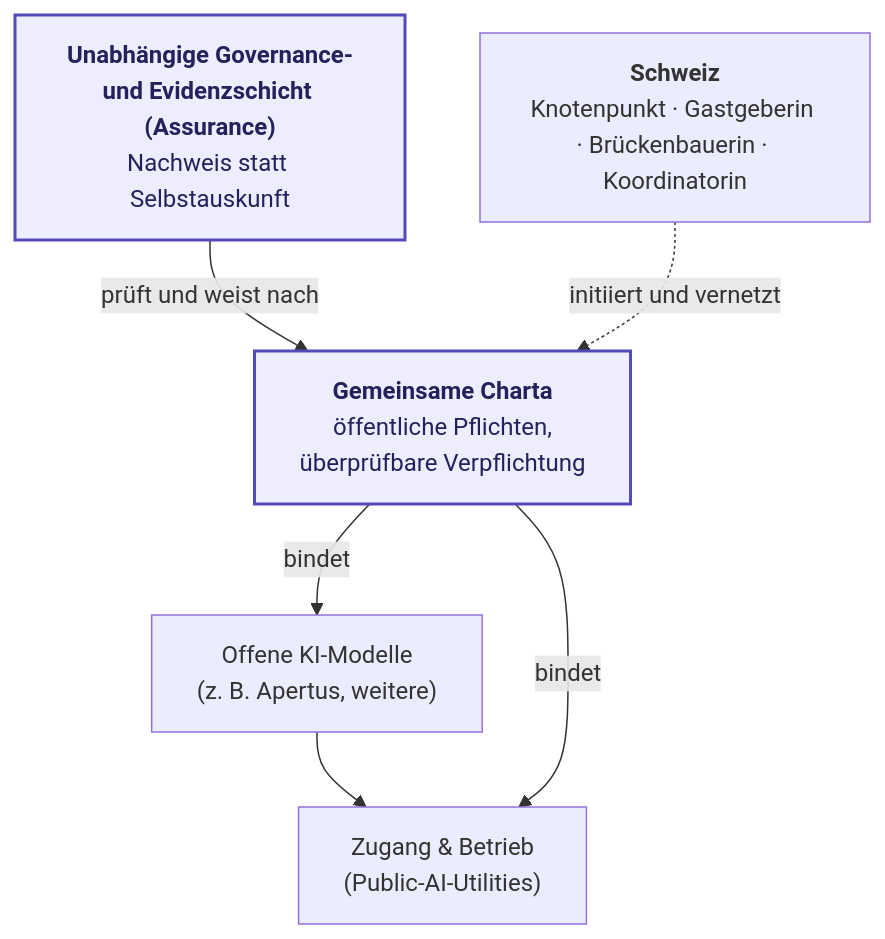
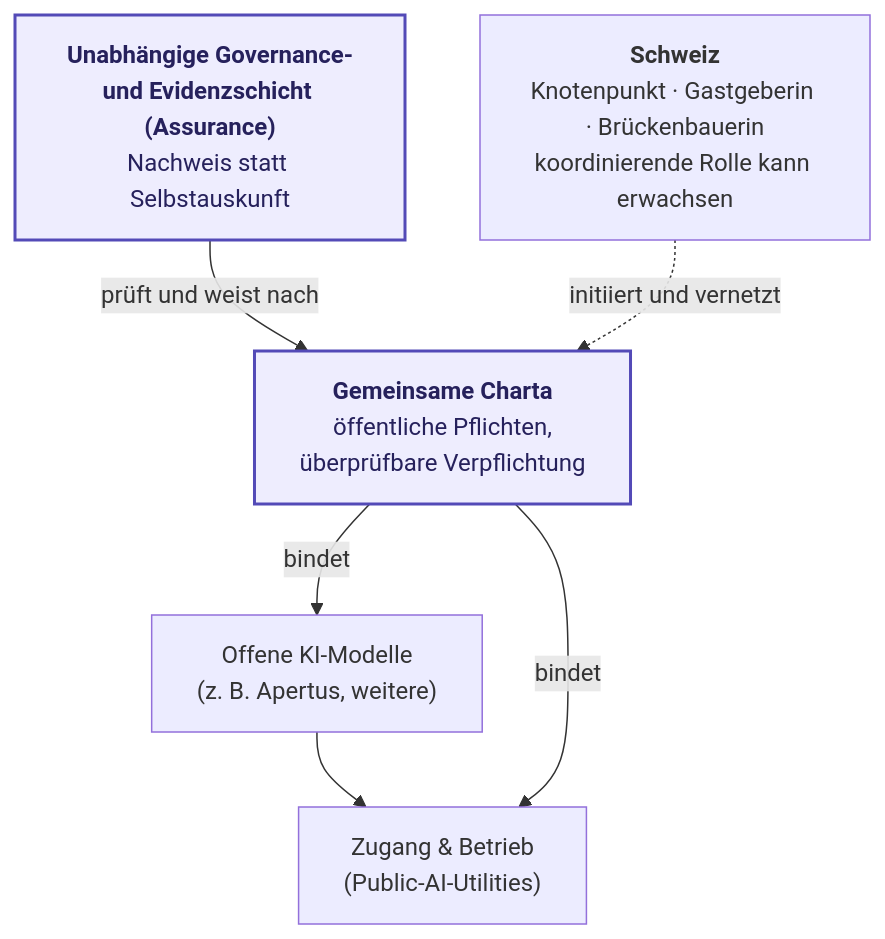
Before and after one commit to robertschaub/our-ai-charter: the diagram in docs/Outreach/policy-sprint-praesentation.de.md, drawn with Mermaid. The commit also changed other lines of this file and 8 other files, not shown here.

````diff
--- a/docs/Outreach/policy-sprint-praesentation.de.md
+++ b/docs/Outreach/policy-sprint-praesentation.de.md
@@ -32,17 +32,17 @@
 ```mermaid
 flowchart TB
   M["Offene KI-Modelle<br/>(z. B. Apertus, weitere)"]
   A["Zugang & Betrieb<br/>(Public-AI-Utilities)"]
   C["<b>Gemeinsame Charta</b><br/>öffentliche Pflichten,<br/>überprüfbare Verpflichtung"]
   E["<b>Unabhängige Governance-<br/>und Evidenzschicht (Assurance)</b><br/>Nachweis statt Selbstauskunft"]
-  CH["<b>Schweiz</b><br/>Knotenpunkt · Gastgeberin · Brückenbauerin · Koordinatorin"]
+  CH["<b>Schweiz</b><br/>Knotenpunkt · Gastgeberin · Brückenbauerin<br/>koordinierende Rolle kann erwachsen"]
 
   M --> A
   C -->|bindet| M
   C -->|bindet| A
   E -->|prüft und weist nach| C
   CH -.->|initiiert und vernetzt| C
 
   classDef hl fill:#EEEDFE,stroke:#534AB7,stroke-width:2px,color:#26215C;
   class C,E hl;
 ```
````
